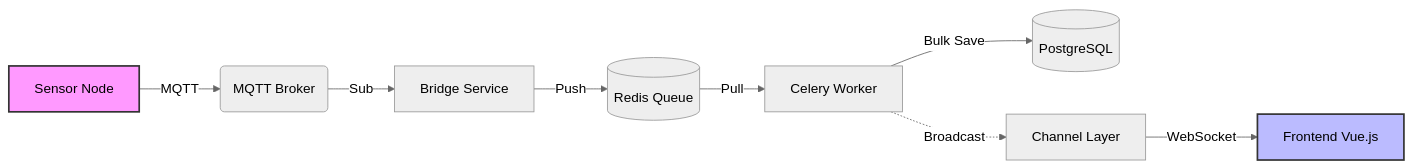
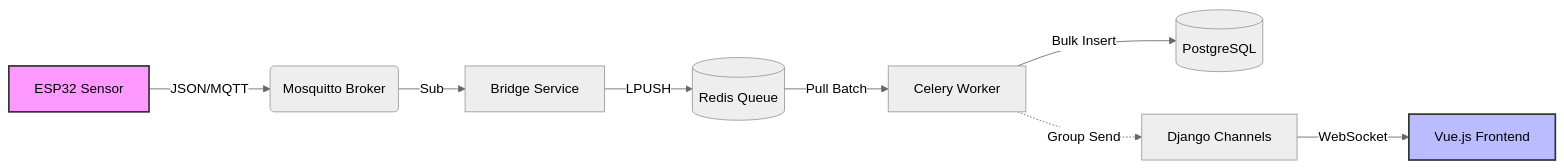
Before and after one commit to Sonofpeter-git/Cottagepilot_public: the diagram in README.md, drawn with Mermaid (neutral theme). The commit also changed other lines of this file, not shown here.

````diff
--- a/README.md
+++ b/README.md
@@ -46,13 +47,13 @@
 ```mermaid
 graph LR
-    S[Sensor Node] -->|MQTT| MB(MQTT Broker)
+    S[ESP32 Sensor] -->|JSON/MQTT| MB(Mosquitto Broker)
     MB -->|Sub| BR[Bridge Service]
-    BR -->|Push| RQ[(Redis Queue)]
-    RQ -->|Pull| CW[Celery Worker]
-    CW -->|Bulk Save| DB[(PostgreSQL)]
-    CW -.->|Broadcast| CL[Channel Layer]
-    CL -->|WebSocket| FE[Frontend Vue.js]
+    BR -->|LPUSH| RQ[(Redis Queue)]
+    RQ -->|Pull Batch| CW[Celery Worker]
+    CW -->|Bulk Insert| DB[(PostgreSQL)]
+    CW -.->|Group Send| CL[Django Channels]
+    CL -->|WebSocket| FE[Vue.js Frontend]
     
     style S fill:#f9f,stroke:#333,stroke-width:2px
     style FE fill:#bbf,stroke:#333,stroke-width:2px
 ```
````
